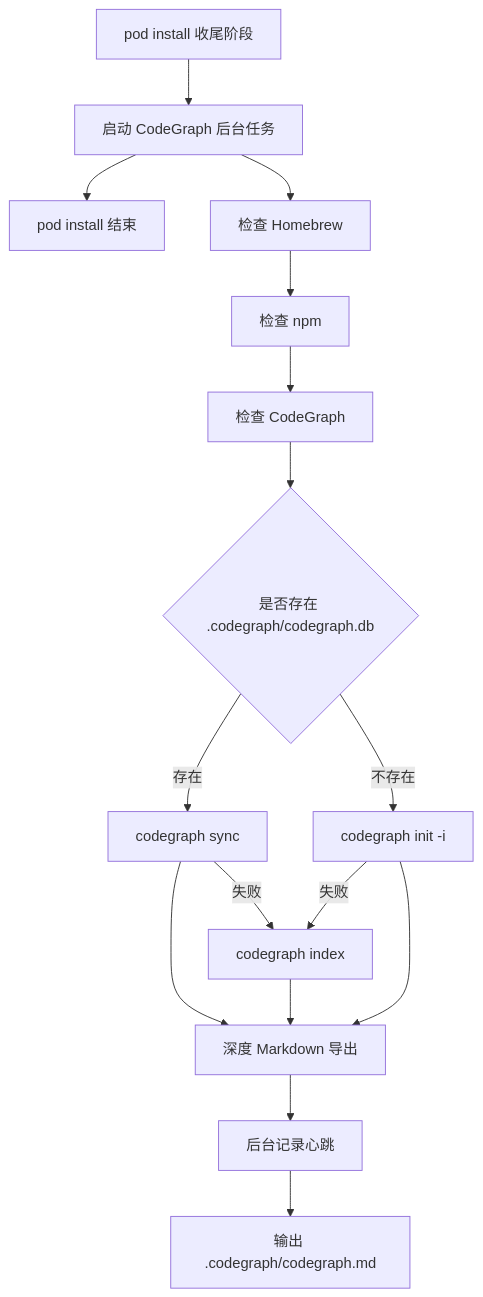
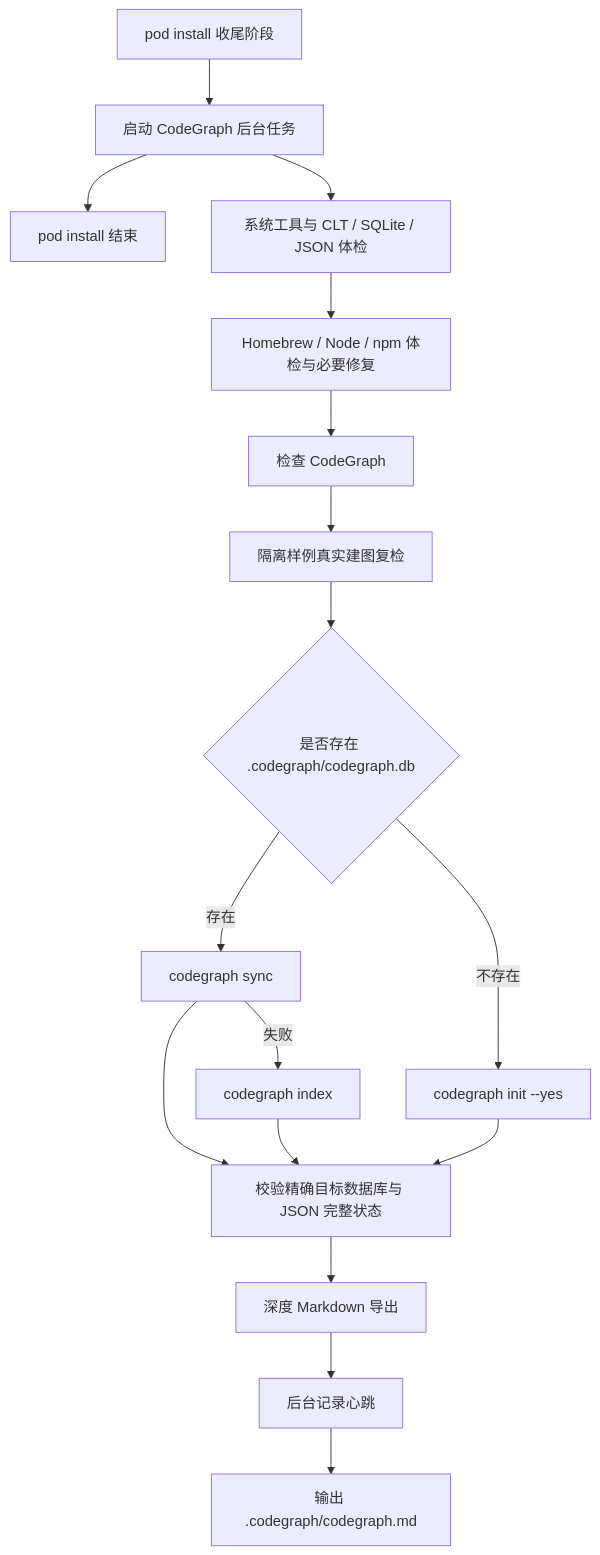
The diagram in ScriptsByPods/codegraph_init.command/README.md (JobsKits/JobsSwiftBaseConfigDemo), drawn with Mermaid before and after one commit. The commit also changed other lines of this file and 10 other files, not shown here.

````diff
--- a/ScriptsByPods/codegraph_init.command/README.md
+++ b/ScriptsByPods/codegraph_init.command/README.md
@@ -38,18 +50,19 @@
 ```mermaid
 flowchart TD
   A[pod install 收尾阶段] --> B[启动 CodeGraph 后台任务]
   B --> C[pod install 结束]
-  B --> D[检查 Homebrew]
-  D --> E[检查 npm]
+  B --> D[系统工具与 CLT / SQLite / JSON 体检]
+  D --> E[Homebrew / Node / npm 体检与必要修复]
   E --> F[检查 CodeGraph]
-  F --> G{是否存在 .codegraph/codegraph.db}
+  F --> S[隔离样例真实建图复检]
+  S --> G{是否存在 .codegraph/codegraph.db}
   G -->|存在| H[codegraph sync]
   H -->|失败| I[codegraph index]
-  G -->|不存在| J[codegraph init -i]
-  J -->|失败| I
-  H --> K[深度 Markdown 导出]
-  I --> K
-  J --> K
+  G -->|不存在| J[codegraph init --yes]
+  H --> V[校验精确目标数据库与 JSON 完整状态]
+  I --> V
+  J --> V
+  V --> K[深度 Markdown 导出]
   K --> L[后台记录心跳]
   L --> M[输出 .codegraph/codegraph.md]
 ```
````
